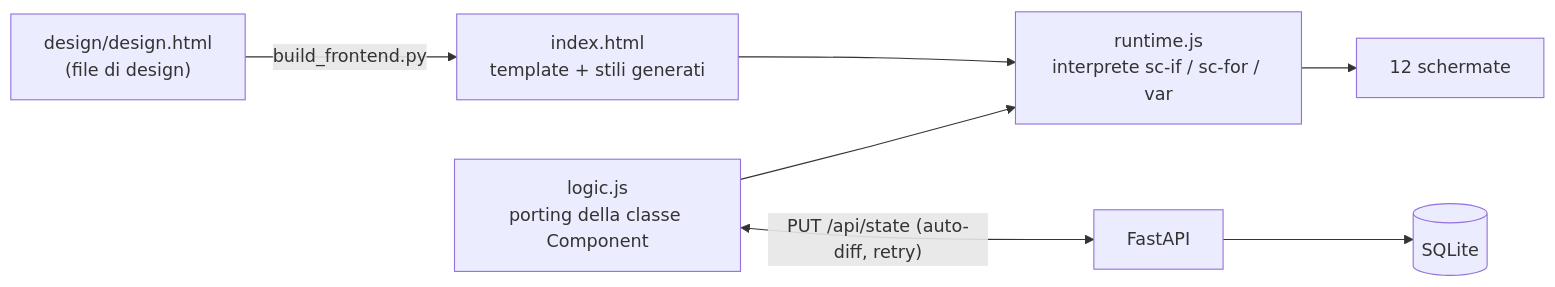
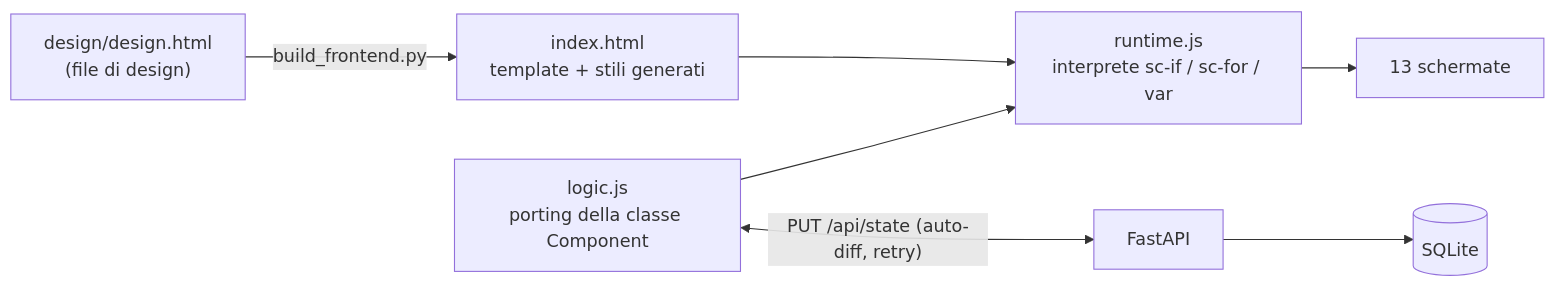
Before and after one commit to It-Energy-Ai/Logistica_Gas_Natural_Up_Stream: the diagram in README.md, drawn with Mermaid. The commit also changed other lines of this file and 7 other files, not shown here.

````diff
--- a/README.md
+++ b/README.md
@@ -46,9 +46,9 @@
 ```mermaid
 flowchart LR
     D["design/design.html<br>(file di design)"] -->|build_frontend.py| T["index.html<br>template + stili generati"]
     T --> R["runtime.js<br>interprete sc-if / sc-for / var"]
     L["logic.js<br>porting della classe Component"] --> R
-    R --> UI["12 schermate"]
+    R --> UI["13 schermate"]
     L <-->|"PUT /api/state (auto-diff, retry)"| B["FastAPI"]
     B --> DB[("SQLite")]
 ```
````
